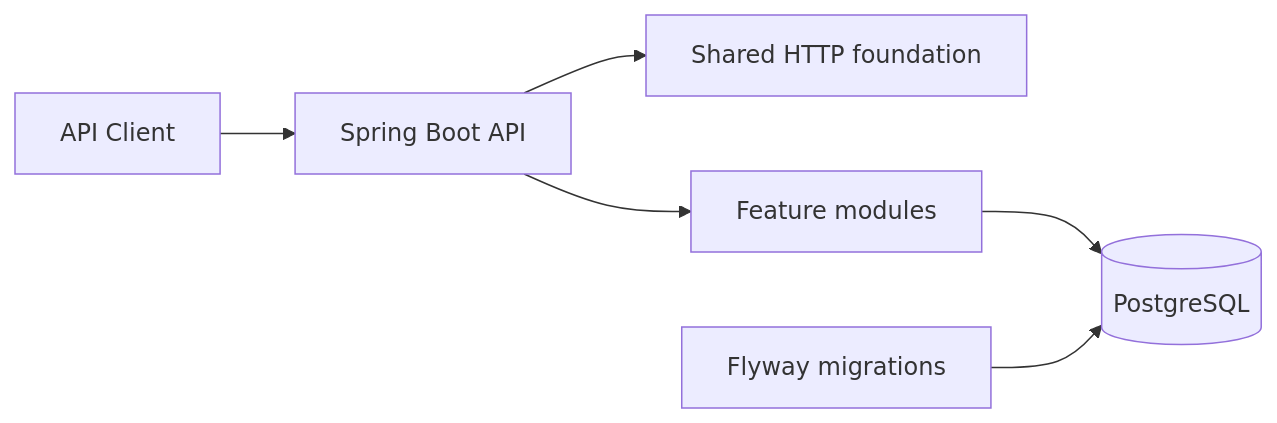
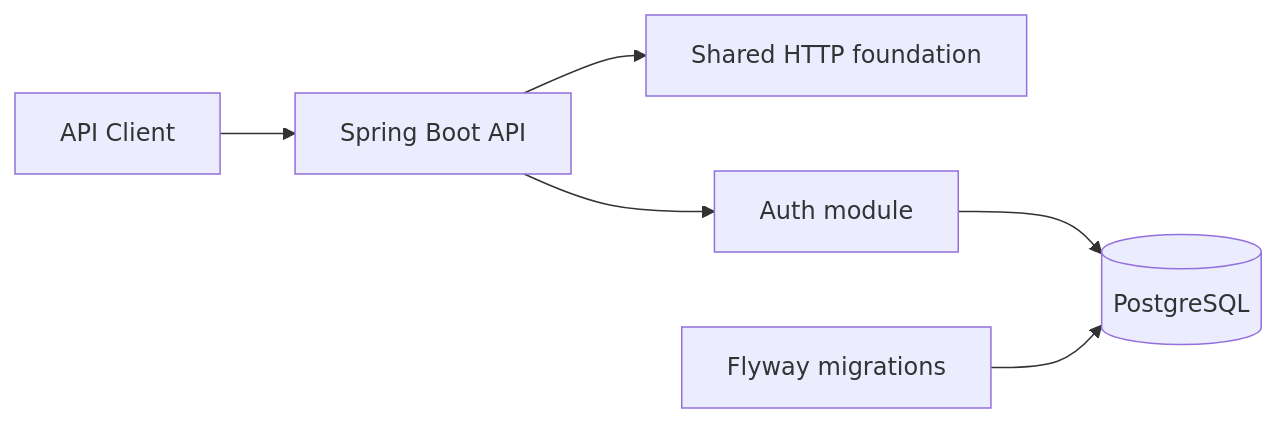
The diagram in README.md (Singatha/bank-forge), drawn with Mermaid before and after one commit. The commit also changed other lines of this file and 37 other files, not shown here.

````diff
--- a/README.md
+++ b/README.md
@@ -11,8 +11,8 @@
 ```mermaid
 flowchart LR
     Client[API Client] --> API[Spring Boot API]
     API --> Shared[Shared HTTP foundation]
-    API --> Features[Feature modules]
-    Features --> DB[(PostgreSQL)]
+    API --> Auth[Auth module]
+    Auth --> DB[(PostgreSQL)]
     Flyway[Flyway migrations] --> DB
 ```
````
